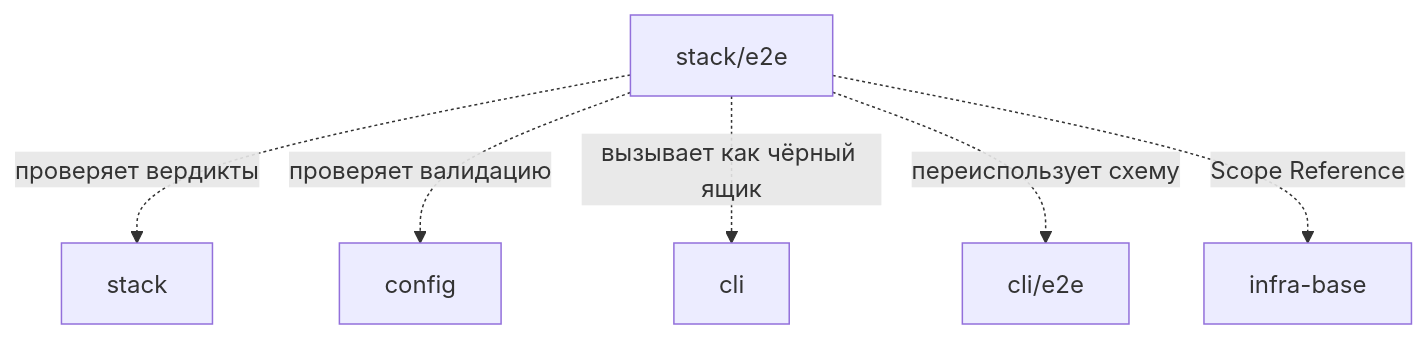
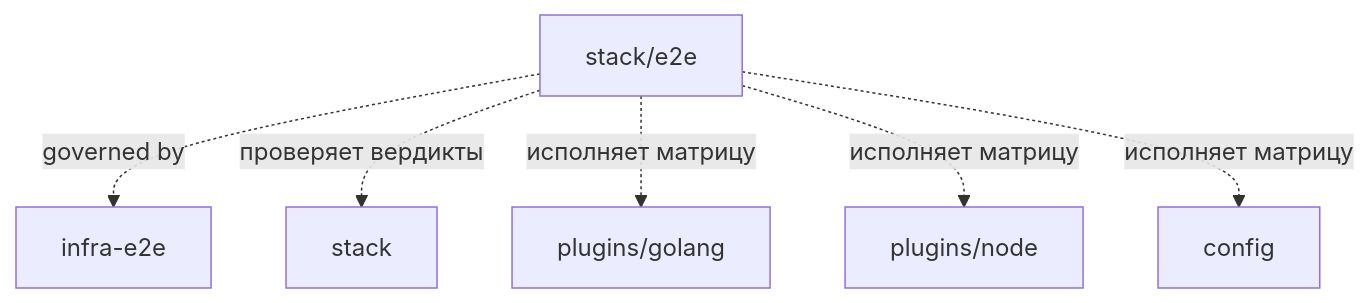
One commit to RubaXa/gennady changed the diagram in specs/stack/e2e/e2e.spec.md. Above: the diagram before and after it, drawn with Mermaid. The commit also changed other lines of this file and 7 other files, not shown here.

````diff
--- a/specs/stack/e2e/e2e.spec.md
+++ b/specs/stack/e2e/e2e.spec.md
@@ -371,8 +305,8 @@
 ```mermaid
 graph TD
-    stack_e2e[stack/e2e] -. проверяет вердикты .-> stack
-    stack_e2e -. проверяет валидацию .-> config
-    stack_e2e -. вызывает как чёрный ящик .-> cli
-    stack_e2e -. переиспользует схему .-> cli_e2e[cli/e2e]
-    stack_e2e -. Scope Reference .-> infra_base[infra-base]
+    stack_e2e[stack/e2e] -. governed by .-> infra_e2e[infra-e2e]
+    stack_e2e -. проверяет вердикты .-> stack
+    stack_e2e -. исполняет матрицу .-> golang[plugins/golang]
+    stack_e2e -. исполняет матрицу .-> node[plugins/node]
+    stack_e2e -. исполняет матрицу .-> config
 ```
````
